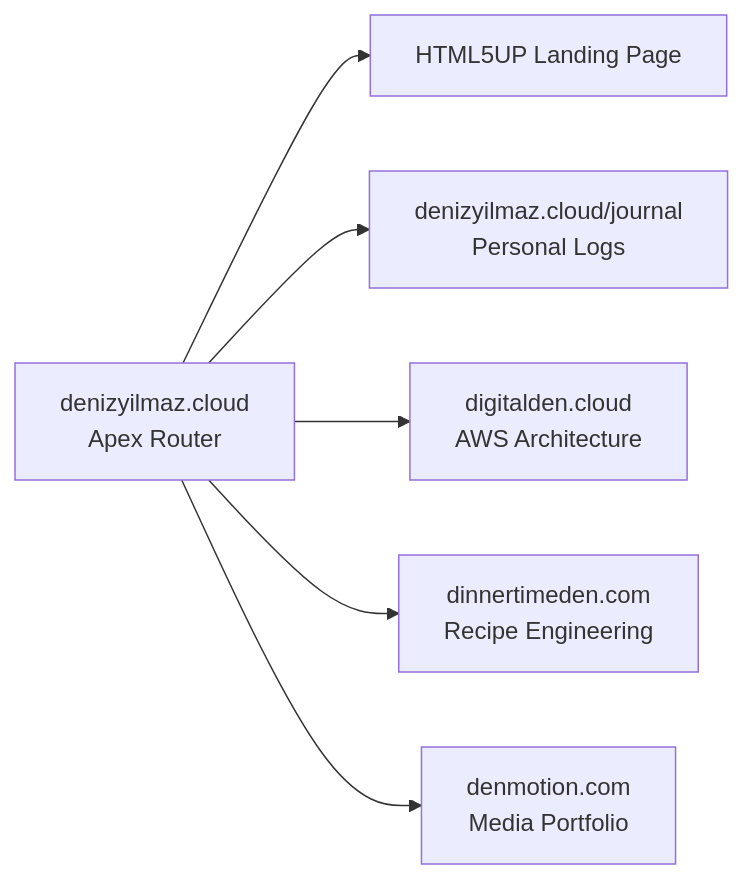
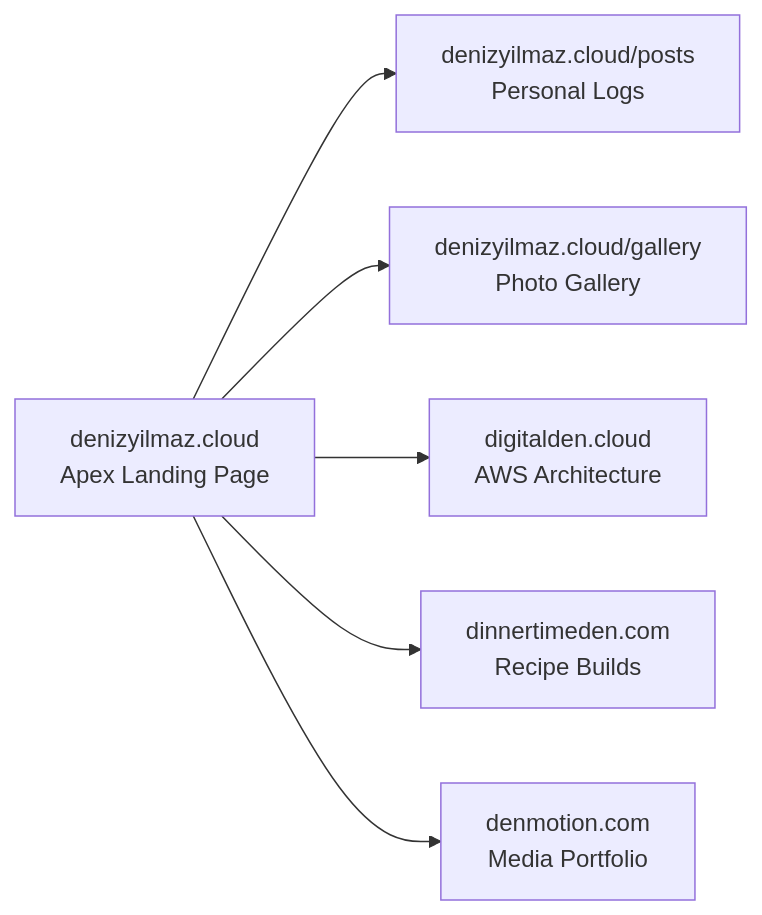
One commit to DigitalDenCloud/digitaldencloud.github.io changed the second of 2 diagrams in _posts/2026-05-12-the-four-domain-portfolio.md. Above: the diagram before and after it, drawn with Mermaid. The commit also changed other lines of this file and 6 other files, not shown here.

````diff
--- a/_posts/2026-05-12-the-four-domain-portfolio.md
+++ b/_posts/2026-05-12-the-four-domain-portfolio.md
@@ -48,13 +49,14 @@
 ```mermaid
 graph LR
     A[denizyilmaz.cloud 
-    Apex Router] --> B[HTML5UP Landing Page]
-    A --> C[denizyilmaz.cloud/journal 
+    Apex Landing Page] --> C[denizyilmaz.cloud/posts 
     Personal Logs]
+    A --> G[denizyilmaz.cloud/gallery 
+    Photo Gallery]
     A --> D[digitalden.cloud 
     AWS Architecture]
     A --> E[dinnertimeden.com 
-    Recipe Engineering]
+    Recipe Builds]
     A --> F[denmotion.com 
     Media Portfolio]
 ```
````
